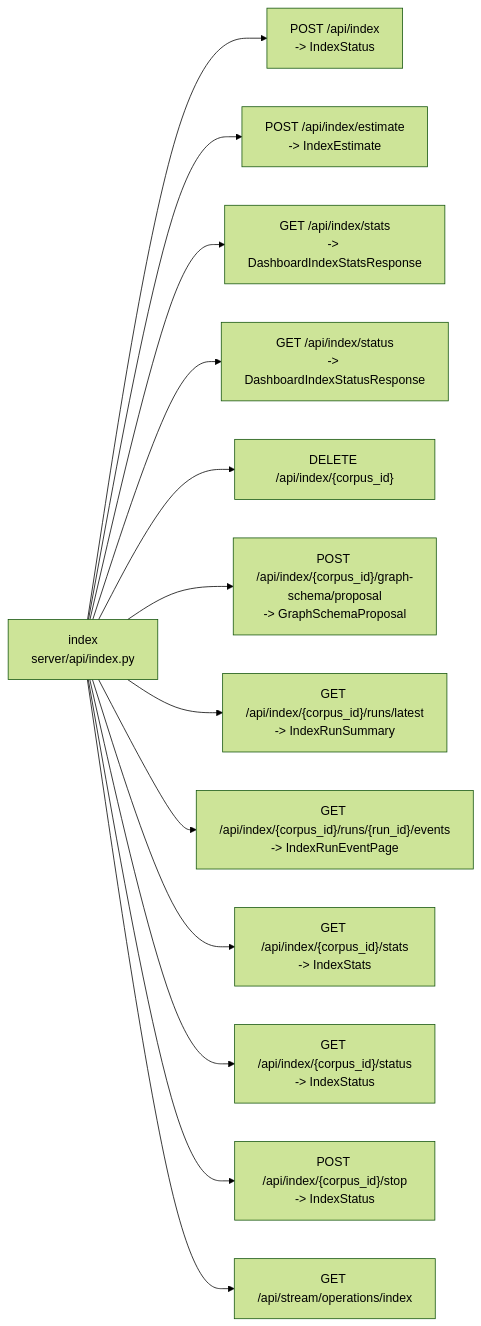
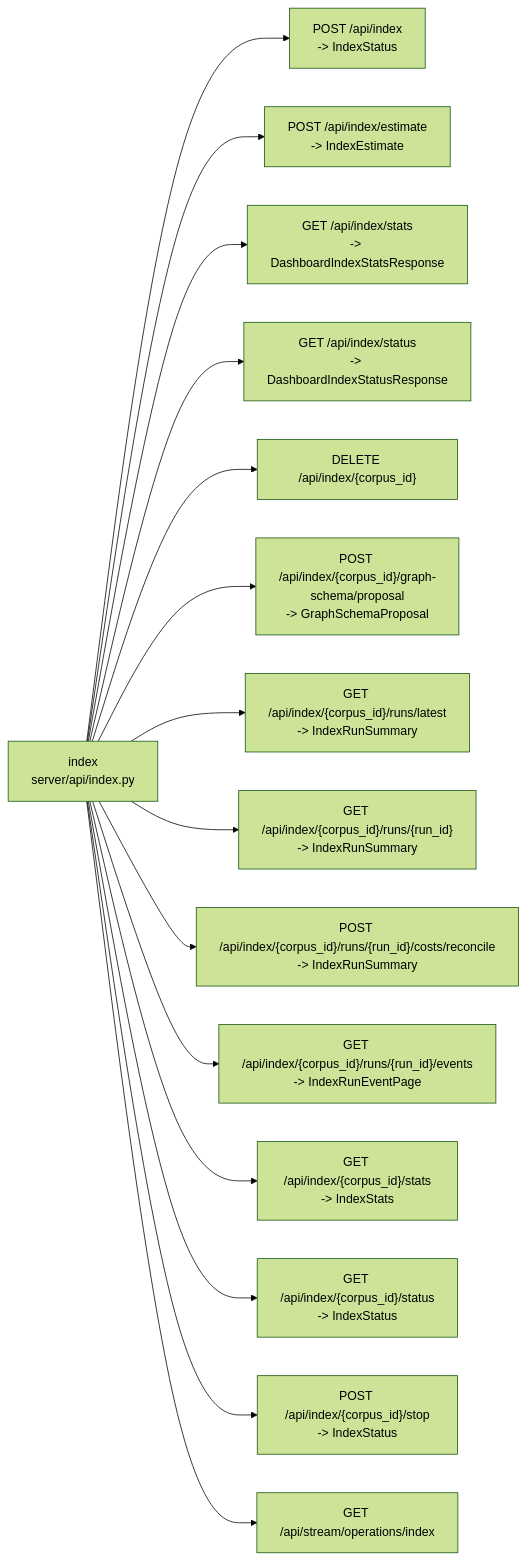
One commit to DMontgomery40/ragweld changed diagram 15 of 25 in mkdocs/docs/reference/architecture/api-surface.md. Above: the diagram before and after it, drawn with Mermaid (forest theme). The commit also changed other lines of this file and 16 other files, not shown here.

````diff
--- a/mkdocs/docs/reference/architecture/api-surface.md
+++ b/mkdocs/docs/reference/architecture/api-surface.md
@@ -449,28 +449,32 @@
 ```mermaid
 flowchart LR
     n_index["index\nserver/api/index.py"]
     n_index_0["POST /api/index\n-> IndexStatus"]
     n_index --> n_index_0
     n_index_1["POST /api/index/estimate\n-> IndexEstimate"]
     n_index --> n_index_1
     n_index_2["GET /api/index/stats\n-> DashboardIndexStatsResponse"]
     n_index --> n_index_2
     n_index_3["GET /api/index/status\n-> DashboardIndexStatusResponse"]
     n_index --> n_index_3
     n_index_4["DELETE /api/index/{corpus_id}"]
     n_index --> n_index_4
     n_index_5["POST /api/index/{corpus_id}/graph-schema/proposal\n-> GraphSchemaProposal"]
     n_index --> n_index_5
     n_index_6["GET /api/index/{corpus_id}/runs/latest\n-> IndexRunSummary"]
     n_index --> n_index_6
-    n_index_7["GET /api/index/{corpus_id}/runs/{run_id}/events\n-> IndexRunEventPage"]
+    n_index_7["GET /api/index/{corpus_id}/runs/{run_id}\n-> IndexRunSummary"]
     n_index --> n_index_7
-    n_index_8["GET /api/index/{corpus_id}/stats\n-> IndexStats"]
+    n_index_8["POST /api/index/{corpus_id}/runs/{run_id}/costs/reconcile\n-> IndexRunSummary"]
     n_index --> n_index_8
-    n_index_9["GET /api/index/{corpus_id}/status\n-> IndexStatus"]
+    n_index_9["GET /api/index/{corpus_id}/runs/{run_id}/events\n-> IndexRunEventPage"]
     n_index --> n_index_9
-    n_index_10["POST /api/index/{corpus_id}/stop\n-> IndexStatus"]
+    n_index_10["GET /api/index/{corpus_id}/stats\n-> IndexStats"]
     n_index --> n_index_10
-    n_index_11["GET /api/stream/operations/index"]
+    n_index_11["GET /api/index/{corpus_id}/status\n-> IndexStatus"]
     n_index --> n_index_11
+    n_index_12["POST /api/index/{corpus_id}/stop\n-> IndexStatus"]
+    n_index --> n_index_12
+    n_index_13["GET /api/stream/operations/index"]
+    n_index --> n_index_13
 ```
````
